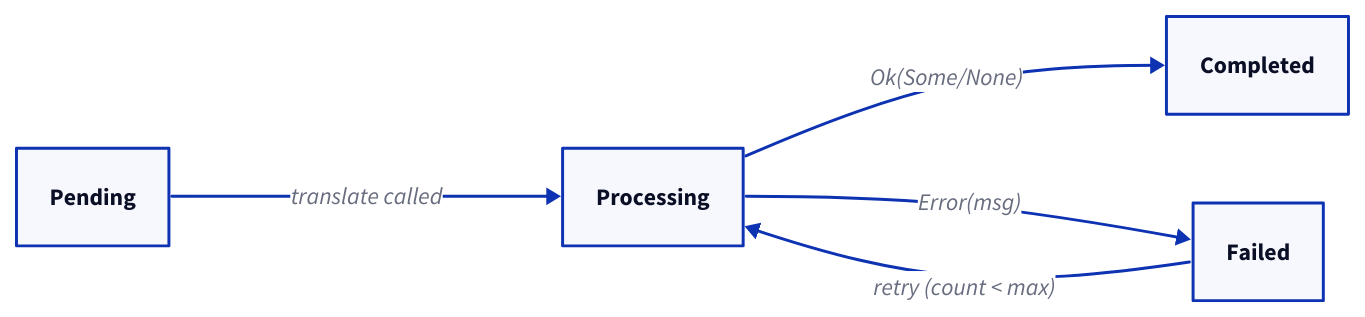
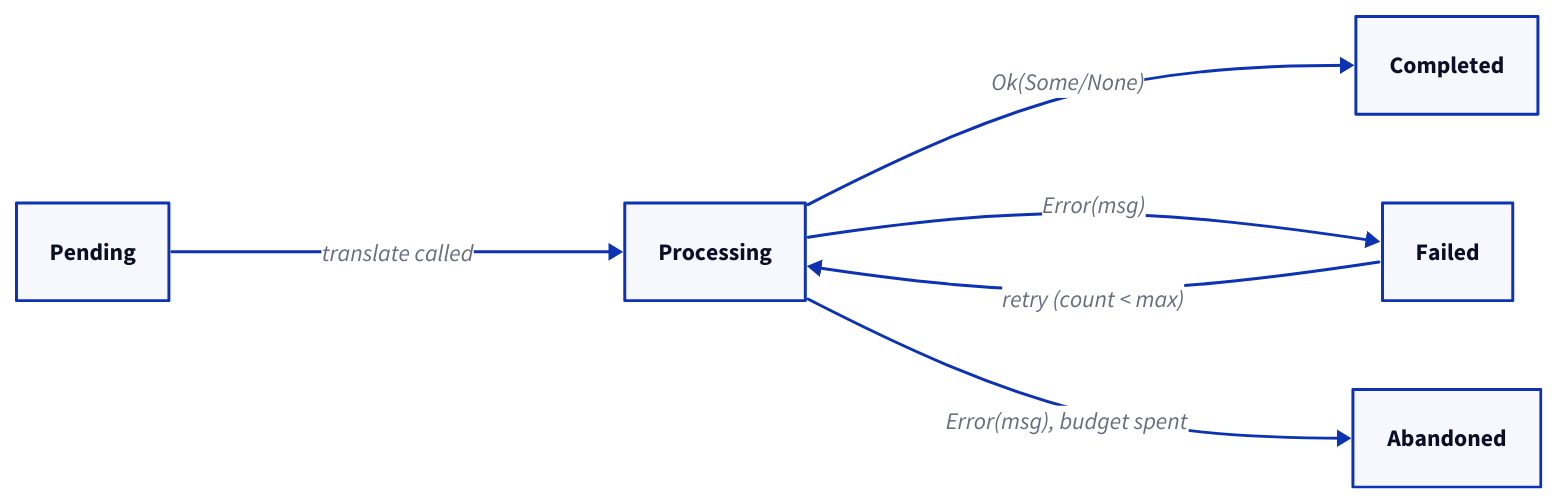
One commit to ReventlessDev/reventless-core changed the third of 3 diagrams in packages/doc/docs-app/components/outboundtranslationslice.md. Above: the diagram before and after it, drawn with D2. The commit also changed other lines of this file and 32 other files, not shown here.

````diff
--- a/packages/doc/docs-app/components/outboundtranslationslice.md
+++ b/packages/doc/docs-app/components/outboundtranslationslice.md
@@ -406,13 +430,15 @@
 ```d2
 direction: right
 
 pending: Pending { class: state-view-slice }
 processing: Processing { class: command }
 completed: Completed { class: read-model }
 failed: Failed { class: side-effect }
+abandoned: Abandoned { class: side-effect }
 
 pending -> processing: translate called { class: command-flow }
 processing -> completed: "Ok(Some/None)" { class: projection-flow }
 processing -> failed: "Error(msg)" { class: event-flow }
 failed -> processing: "retry (count < max)" { class: command-flow }
+processing -> abandoned: "Error(msg), budget spent" { class: event-flow }
 ```
````
